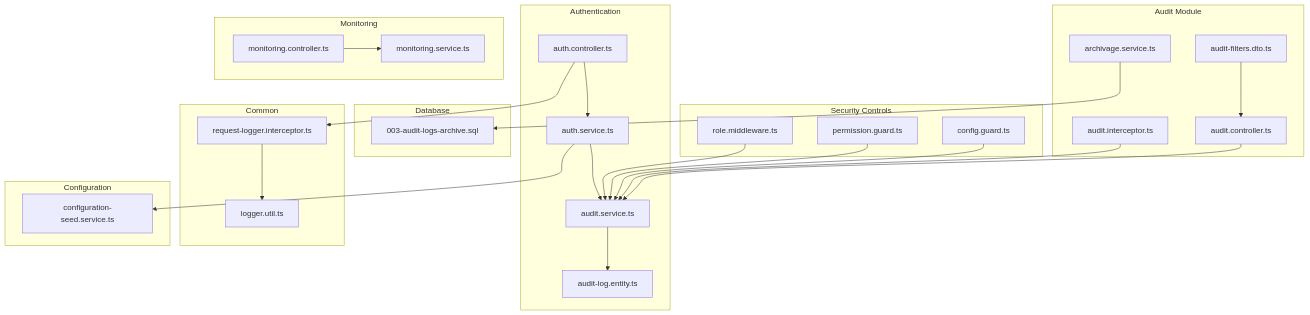
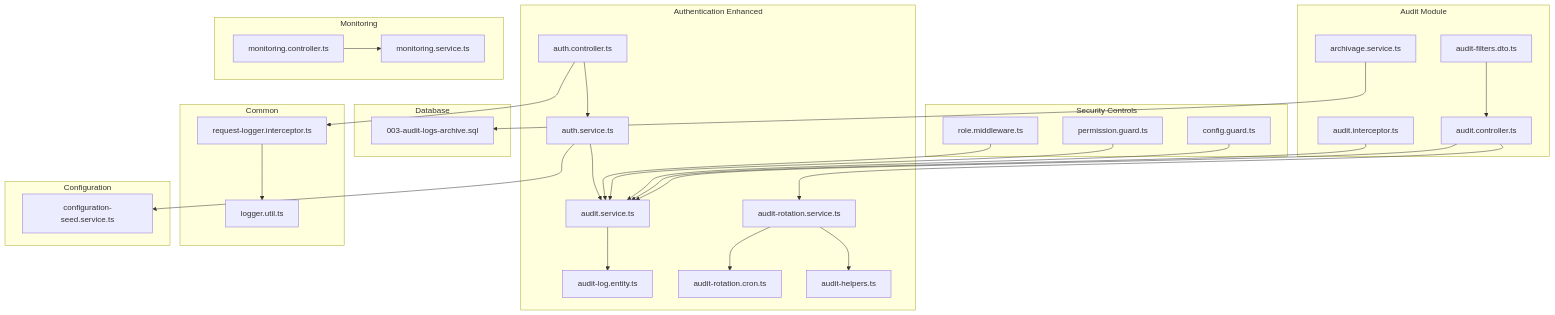
One commit to franckylab/eLISAschool changed the first of 13 diagrams in .qoder/repowiki/en/content/Authentication & Authorization/Audit Logging & Monitoring.md. Above: the diagram before and after it, drawn with Mermaid. The commit also changed other lines of this file and 174 other files, not shown here.

````diff
--- a/.qoder/repowiki/en/content/Authentication & Authorization/Audit Logging & Monitoring.md
+++ b/.qoder/repowiki/en/content/Authentication & Authorization/Audit Logging & Monitoring.md
@@ -60,48 +62,54 @@
 ```mermaid
 graph TB
-subgraph "Authentication"
+subgraph "Authentication Enhanced"
 AC["auth.controller.ts"]
 AS["auth.service.ts"]
 AU["audit.service.ts"]
 AE["audit-log.entity.ts"]
+ARS["audit-rotation.service.ts"]
+ARC["audit-rotation.cron.ts"]
+AH["audit-helpers.ts"]
 end
 subgraph "Audit Module"
 AIC["audit.interceptor.ts"]
 ACtrl["audit.controller.ts"]
 AAS["archivage.service.ts"]
 AFD["audit-filters.dto.ts"]
 end
 subgraph "Database"
 MIG["003-audit-logs-archive.sql"]
 end
 subgraph "Common"
 RL["request-logger.interceptor.ts"]
 LU["logger.util.ts"]
 end
 subgraph "Monitoring"
 MC["monitoring.controller.ts"]
 MS["monitoring.service.ts"]
 end
 subgraph "Security Controls"
 RMW["role.middleware.ts"]
 PG["permission.guard.ts"]
 CG["config.guard.ts"]
 end
 subgraph "Configuration"
 CS["configuration-seed.service.ts"]
 end
 AC --> AS
 AS --> AU
 AU --> AE
 AC --> RL
 RL --> LU
 MC --> MS
 RMW --> AU
 PG --> AU
 CG --> AU
 AIC --> AU
+ACtrl --> ARS
+ARS --> ARC
+ARS --> AH
 ACtrl --> AU
 AAS --> MIG
 AFD --> ACtrl
 AS --> CS
 ```
````
